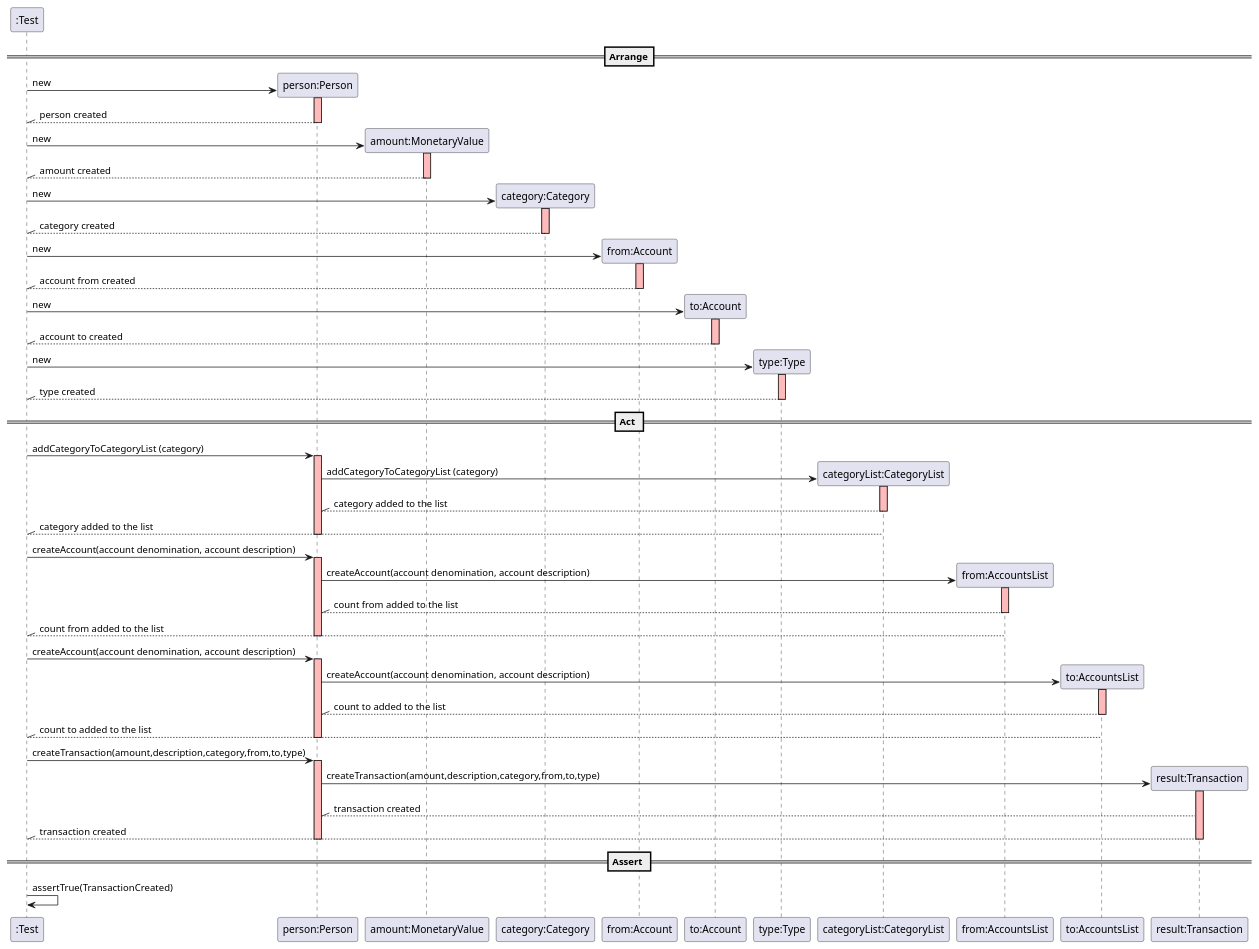
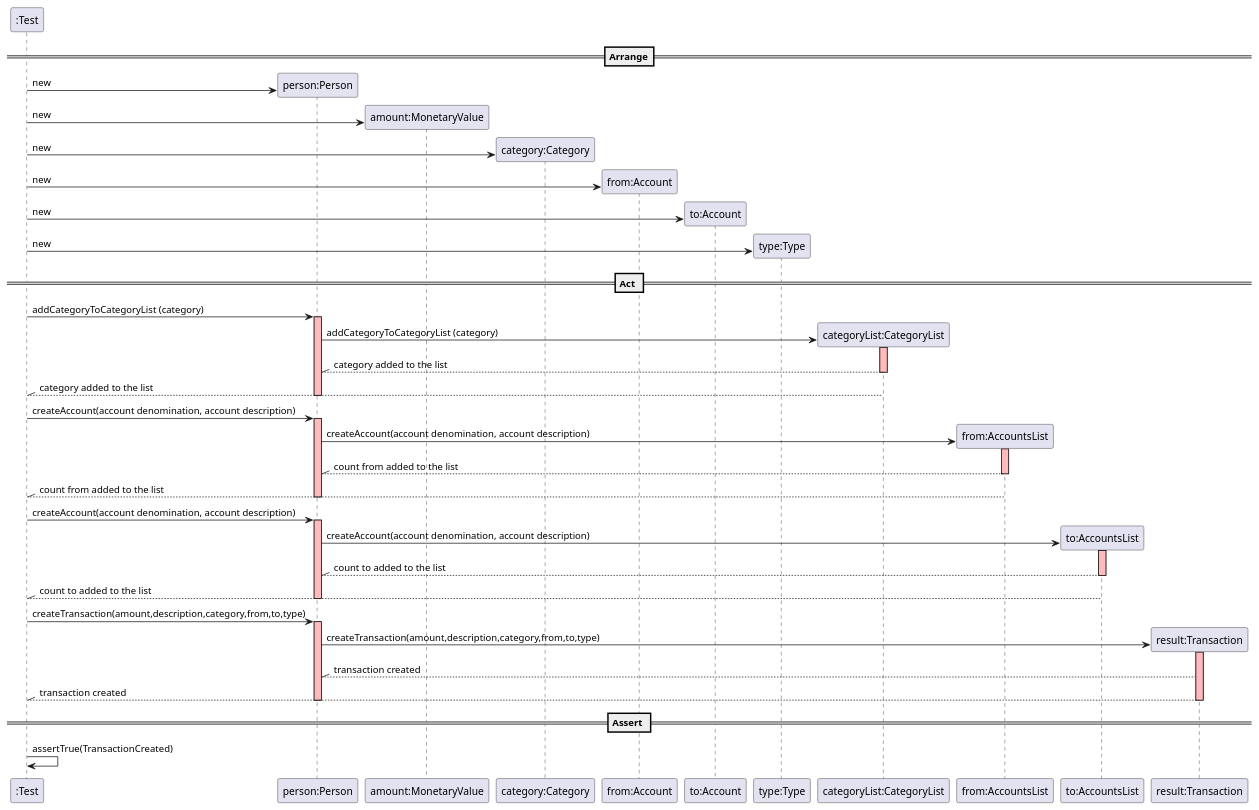
The diagram in docs/SequenceDiagram - UserStory8.puml (mleitaoribeiro/DevOpsMaven), drawn with PlantUML before and after one commit.

```diff
--- a/docs/SequenceDiagram - UserStory8.puml
+++ b/docs/SequenceDiagram - UserStory8.puml
@@ -1,98 +1,80 @@
 @startuml
 create ":Test"
 
 ==Arrange==
 
 create "person:Person"
 ":Test" -> "person:Person" : new
-activate "person:Person" #FFBBBB
-":Test" //-- "person:Person"  : person created
-deactivate "person:Person" #FFBBBB
-
 
 create "amount:MonetaryValue"
 ":Test" -> "amount:MonetaryValue" : new
-activate "amount:MonetaryValue"  #FFBBBB
-":Test" //-- "amount:MonetaryValue" : amount created
-deactivate "amount:MonetaryValue" #FFBBBB
-
 
 create "category:Category"
 ":Test" -> "category:Category" : new
-activate "category:Category"  #FFBBBB
-":Test" //-- "category:Category" : category created
-deactivate "category:Category" #FFBBBB
 
 create "from:Account"
 ":Test" -> "from:Account" : new
-activate "from:Account"  #FFBBBB
-":Test" //-- "from:Account" : account from created
-deactivate "from:Account" #FFBBBB
+
 
 create "to:Account"
 ":Test" -> "to:Account" : new
-activate "to:Account"  #FFBBBB
-":Test" //-- "to:Account" : account to created
-deactivate "to:Account" #FFBBBB
+
 
 create "type:Type"
 ":Test" -> "type:Type" : new
-activate "type:Type"  #FFBBBB
-":Test" //-- "type:Type" : type created
-deactivate "type:Type" #FFBBBB
 
 
 == Act ==
 
 ":Test" -> "person:Person" : addCategoryToCategoryList (category)
 activate "person:Person"  #FFBBBB
 
 create "categoryList:CategoryList"
 "person:Person" -> "categoryList:CategoryList" : addCategoryToCategoryList (category)
 activate "categoryList:CategoryList"  #FFBBBB
 "person:Person" //-- "categoryList:CategoryList" : category added to the list
 deactivate "categoryList:CategoryList" #FFBBBB
 ":Test" //-- "categoryList:CategoryList" : category added to the list
 deactivate "person:Person" #FFBBBB
 
 
 ":Test" -> "person:Person" : createAccount(account denomination, account description)
 activate "person:Person"  #FFBBBB
 create "from:AccountsList"
 "person:Person" -> "from:AccountsList" : createAccount(account denomination, account description)
 activate "from:AccountsList"  #FFBBBB
 "person:Person" //-- "from:AccountsList" : count from added to the list
 deactivate "from:AccountsList" #FFBBBB
 ":Test" //-- "from:AccountsList" : count from added to the list
 deactivate "from:AccountsList" #FFBBBB
 deactivate "person:Person" #FFBBBB
 
 
 ":Test" -> "person:Person" : createAccount(account denomination, account description)
 activate "person:Person"  #FFBBBB
 create "to:AccountsList"
 "person:Person" -> "to:AccountsList" : createAccount(account denomination, account description)
 activate "to:AccountsList"  #FFBBBB
 "person:Person" //-- "to:AccountsList" : count to added to the list
 deactivate "to:AccountsList" #FFBBBB
 ":Test" //-- "to:AccountsList" : count to added to the list
 deactivate "to:AccountsList" #FFBBBB
 deactivate "person:Person" #FFBBBB
 
 
 ":Test" -> "person:Person" : createTransaction(amount,description,category,from,to,type)
 activate "person:Person"  #FFBBBB
 create "result:Transaction"
 "person:Person" -> "result:Transaction" : createTransaction(amount,description,category,from,to,type)
 activate "result:Transaction"  #FFBBBB
 "person:Person" //-- "result:Transaction"  : transaction created
 ":Test" //-- "result:Transaction" : transaction created
 deactivate "result:Transaction" #FFBBBB
 deactivate "person:Person" #FFBBBB
 
 
 == Assert ==
 
 ":Test" -> ":Test" : assertTrue(TransactionCreated)
 
 @enduml
```
